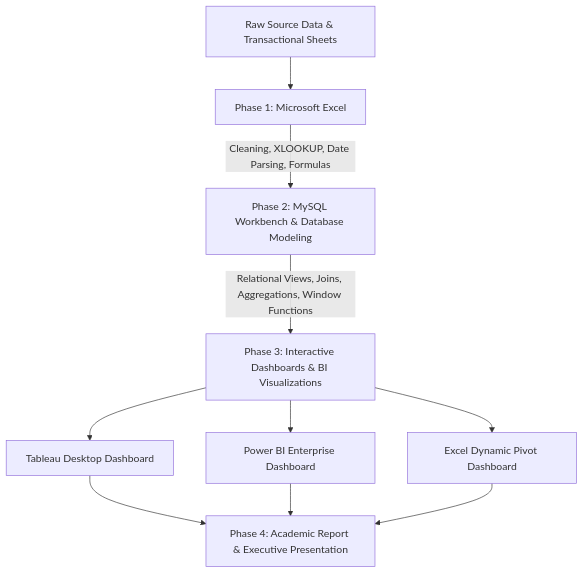
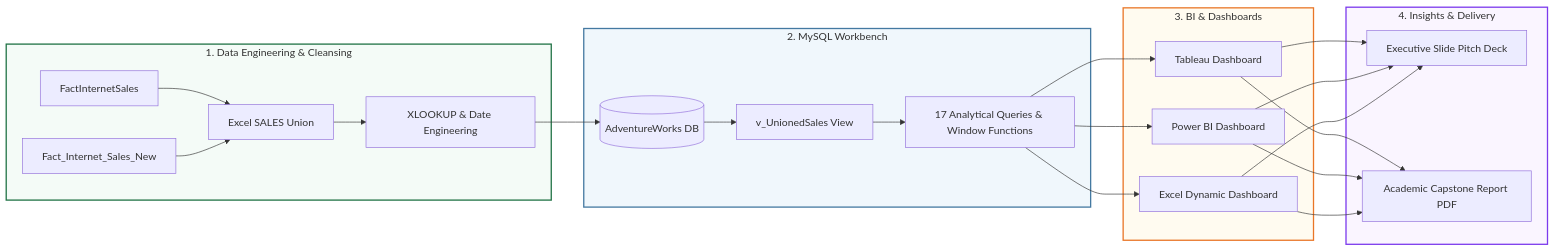
The second of 2 diagrams in README.md (Akshay-Notfound/Adventure-Works), drawn with Mermaid before and after one commit. The commit also changed other lines of this file and 6 other files, not shown here.

Commit message:
docs: elevate repository with interactive scorecards, ERD, data dictionary, dashboard guides, and issue templates

````diff
--- a/README.md
+++ b/README.md
@@ -63,10 +155,29 @@
 ```mermaid
-graph TD
-    A[Raw Source Data & Transactional Sheets] --> B[Phase 1: Microsoft Excel]
-    B -->|Cleaning, XLOOKUP, Date Parsing, Formulas| C[Phase 2: MySQL Workbench & Database Modeling]
-    C -->|Relational Views, Joins, Aggregations, Window Functions| D[Phase 3: Interactive Dashboards & BI Visualizations]
-    D --> E[Tableau Desktop Dashboard]
-    D --> F[Power BI Enterprise Dashboard]
-    D --> G[Excel Dynamic Pivot Dashboard]
-    E & F & G --> H[Phase 4: Academic Report & Executive Presentation]
+flowchart LR
+    subgraph DataPrep ["1. Data Engineering & Cleansing"]
+        A[FactInternetSales] & B[Fact_Internet_Sales_New] --> C[Excel SALES Union]
+        C --> D[XLOOKUP & Date Engineering]
+    end
+
+    subgraph RelationalDB ["2. MySQL Workbench"]
+        D --> E[(AdventureWorks DB)]
+        E --> F[v_UnionedSales View]
+        F --> G[17 Analytical Queries & Window Functions]
+    end
+
+    subgraph VisualAnalytics ["3. BI & Dashboards"]
+        G --> H[Tableau Dashboard]
+        G --> I[Power BI Dashboard]
+        G --> J[Excel Dynamic Dashboard]
+    end
+
+    subgraph ExecutiveOutcomes ["4. Insights & Delivery"]
+        H & I & J --> K[Executive Slide Pitch Deck]
+        H & I & J --> L[Academic Capstone Report PDF]
+    end
+
+    style DataPrep fill:#f4fbf7,stroke:#217346,stroke-width:2px;
+    style RelationalDB fill:#f0f7fc,stroke:#4479A1,stroke-width:2px;
+    style VisualAnalytics fill:#fffbf0,stroke:#E97627,stroke-width:2px;
+    style ExecutiveOutcomes fill:#faf5ff,stroke:#7c3aed,stroke-width:2px;
 ```
````
